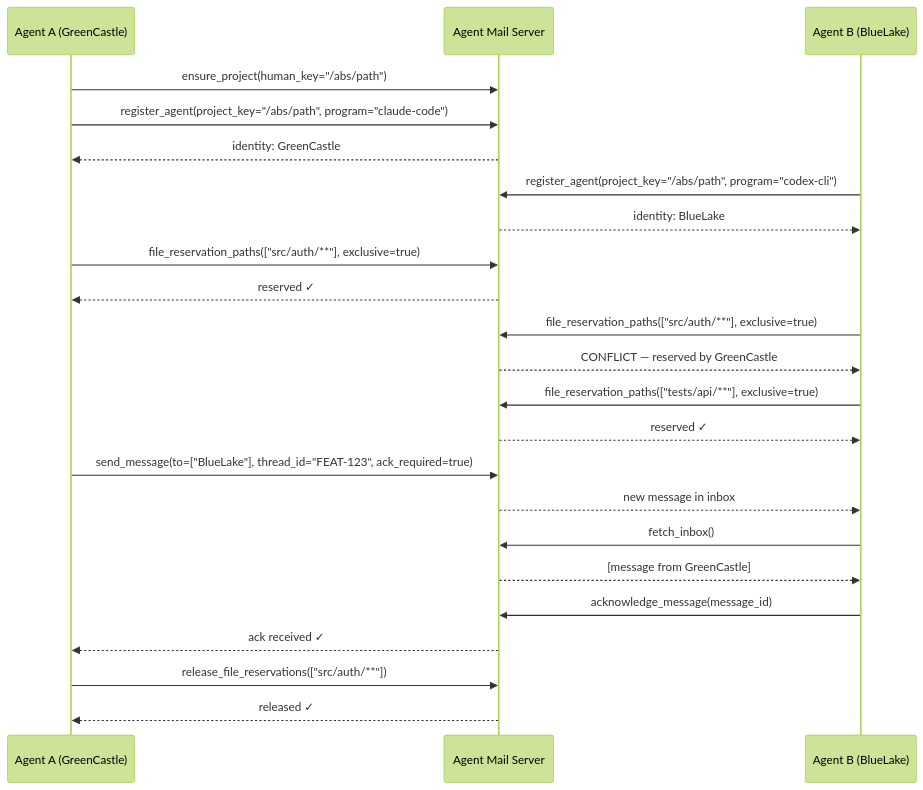
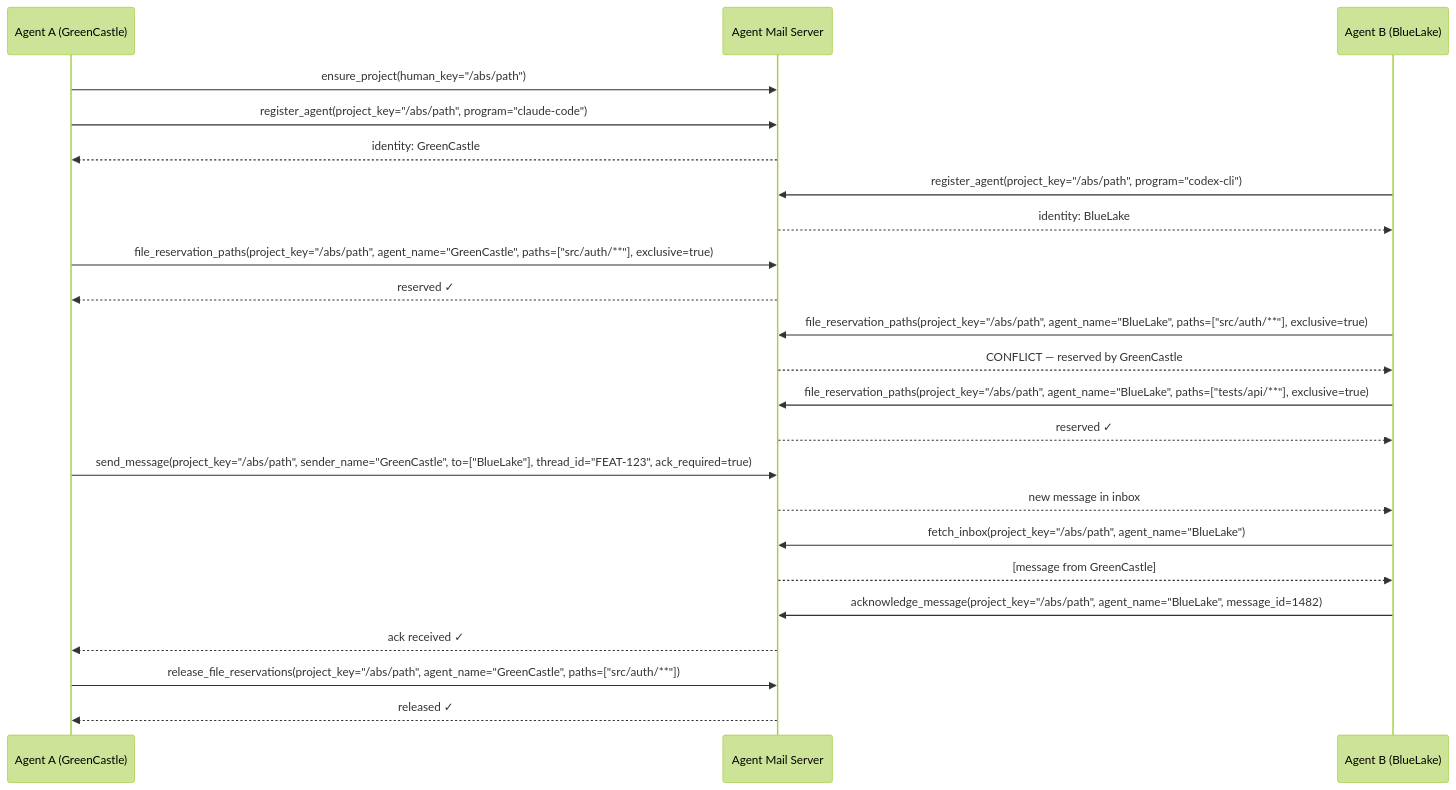
The diagram in README.md (tordf/mcp_agent_mail_rust), drawn with Mermaid (forest theme) before and after one commit. The commit also changed other lines of this file, not shown here.

First line of the commit message:
docs: revise README for accuracy, tone, and API correctness

````diff
--- a/README.md
+++ b/README.md
@@ -688,34 +693,34 @@
 ```mermaid
 sequenceDiagram
     participant A as Agent A (GreenCastle)
     participant S as Agent Mail Server
     participant B as Agent B (BlueLake)
 
     A->>S: ensure_project(human_key="/abs/path")
     A->>S: register_agent(project_key="/abs/path", program="claude-code")
     S-->>A: identity: GreenCastle
 
     B->>S: register_agent(project_key="/abs/path", program="codex-cli")
     S-->>B: identity: BlueLake
 
-    A->>S: file_reservation_paths(["src/auth/**"], exclusive=true)
+    A->>S: file_reservation_paths(project_key="/abs/path", agent_name="GreenCastle", paths=["src/auth/**"], exclusive=true)
     S-->>A: reserved ✓
 
-    B->>S: file_reservation_paths(["src/auth/**"], exclusive=true)
+    B->>S: file_reservation_paths(project_key="/abs/path", agent_name="BlueLake", paths=["src/auth/**"], exclusive=true)
     S-->>B: CONFLICT — reserved by GreenCastle
 
-    B->>S: file_reservation_paths(["tests/api/**"], exclusive=true)
+    B->>S: file_reservation_paths(project_key="/abs/path", agent_name="BlueLake", paths=["tests/api/**"], exclusive=true)
     S-->>B: reserved ✓
 
-    A->>S: send_message(to=["BlueLake"], thread_id="FEAT-123", ack_required=true)
+    A->>S: send_message(project_key="/abs/path", sender_name="GreenCastle", to=["BlueLake"], thread_id="FEAT-123", ack_required=true)
     S-->>B: new message in inbox
 
-    B->>S: fetch_inbox()
+    B->>S: fetch_inbox(project_key="/abs/path", agent_name="BlueLake")
     S-->>B: [message from GreenCastle]
 
-    B->>S: acknowledge_message(message_id)
+    B->>S: acknowledge_message(project_key="/abs/path", agent_name="BlueLake", message_id=1482)
     S-->>A: ack received ✓
 
-    A->>S: release_file_reservations(["src/auth/**"])
+    A->>S: release_file_reservations(project_key="/abs/path", agent_name="GreenCastle", paths=["src/auth/**"])
     S-->>A: released ✓
 ```
````
